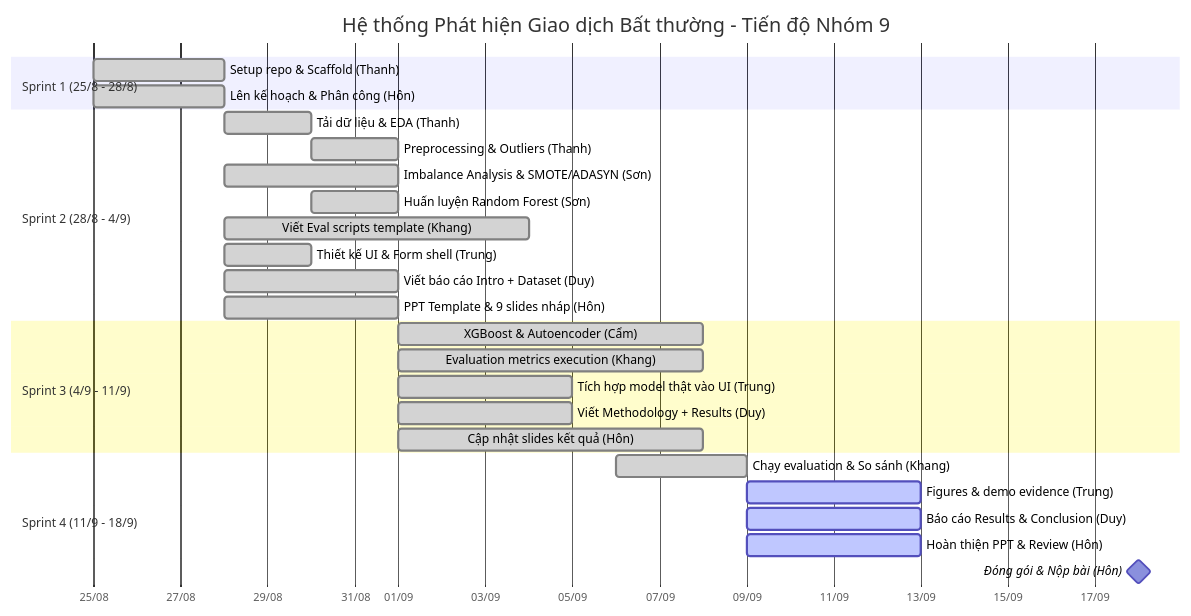
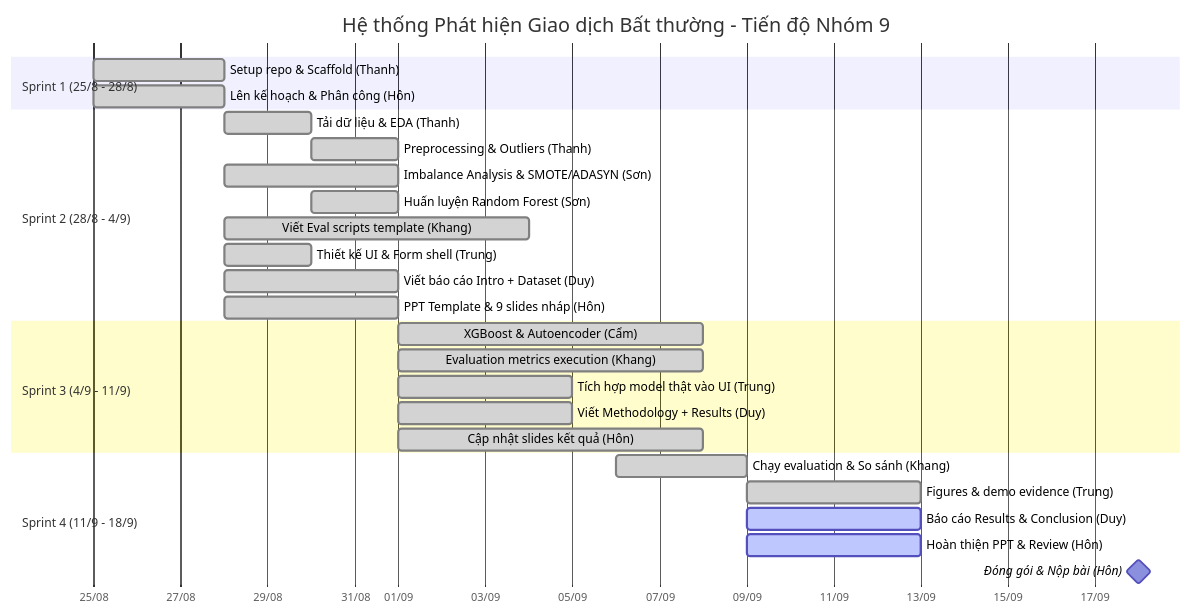
The diagram in draft/fraud-detection/docs/project-roadmap.md (uit-25730067-chithanh/CS106-Team09-Fraud-Detection), drawn with Mermaid before and after one commit. The commit also changed other lines of this file and 6 other files, not shown here.

First line of the commit message:
docs(phase06): sync project documentation, roadmaps, and plans for demo completion

````diff
--- a/draft/fraud-detection/docs/project-roadmap.md
+++ b/draft/fraud-detection/docs/project-roadmap.md
@@ -13,35 +13,35 @@
 ```mermaid
 gantt
     title Hệ thống Phát hiện Giao dịch Bất thường - Tiến độ Nhóm 9
     dateFormat  YYYY-MM-DD
     axisFormat  %d/%m
     tickInterval 1w
 
     section Sprint 1 (25/8 - 28/8)
     Setup repo & Scaffold (Thanh)        :done, s1_1, 2026-08-25, 2026-08-28
     Lên kế hoạch & Phân công (Hôn)      :done, s1_2, 2026-08-25, 2026-08-28
 
     section Sprint 2 (28/8 - 4/9)
     Tải dữ liệu & EDA (Thanh)            :done, s2_1, 2026-08-28, 2d
     Preprocessing & Outliers (Thanh)     :done, s2_2, 2026-08-30, 2d
     Imbalance Analysis & SMOTE/ADASYN (Sơn) :done, s2_3, 2026-08-28, 4d
     Huấn luyện Random Forest (Sơn)       :done, s2_4, 2026-08-30, 2d
     Viết Eval scripts template (Khang)   :done, s2_5, 2026-08-28, 7d
     Thiết kế UI & Form shell (Trung)     :done, s2_6, 2026-08-28, 2d
     Viết báo cáo Intro + Dataset (Duy)   :done, s2_7, 2026-08-28, 4d
     PPT Template & 9 slides nháp (Hôn)   :done, s2_8, 2026-08-28, 4d
 
     section Sprint 3 (4/9 - 11/9)
     XGBoost & Autoencoder (Cẩm)          :done, s3_1, 2026-09-01, 7d
     Evaluation metrics execution (Khang) :done, s3_2, 2026-09-01, 7d
     Tích hợp model thật vào UI (Trung)   :done, s3_3, 2026-09-01, 4d
     Viết Methodology + Results (Duy)      :done, s3_4, 2026-09-01, 4d
     Cập nhật slides kết quả (Hôn)        :done, s3_5, 2026-09-01, 7d
 
     section Sprint 4 (11/9 - 18/9)
     Chạy evaluation & So sánh (Khang)   :done, s4_1, 2026-09-06, 3d
-    Figures & demo evidence (Trung)      :active, s4_2, 2026-09-09, 4d
+    Figures & demo evidence (Trung)      :done, s4_2, 2026-09-09, 4d
     Báo cáo Results & Conclusion (Duy)   :active, s4_3, 2026-09-09, 4d
     Hoàn thiện PPT & Review (Hôn)        :active, s4_4, 2026-09-09, 4d
     Đóng gói & Nộp bài (Hôn)             :milestone, s4_5, 2026-09-18, 0d
 ```
````
